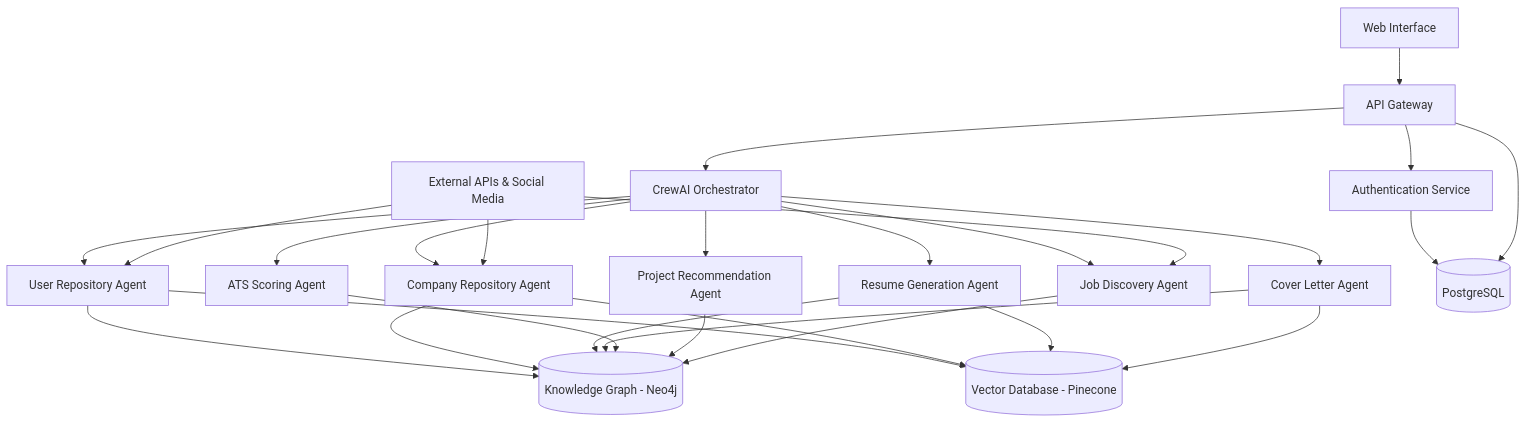
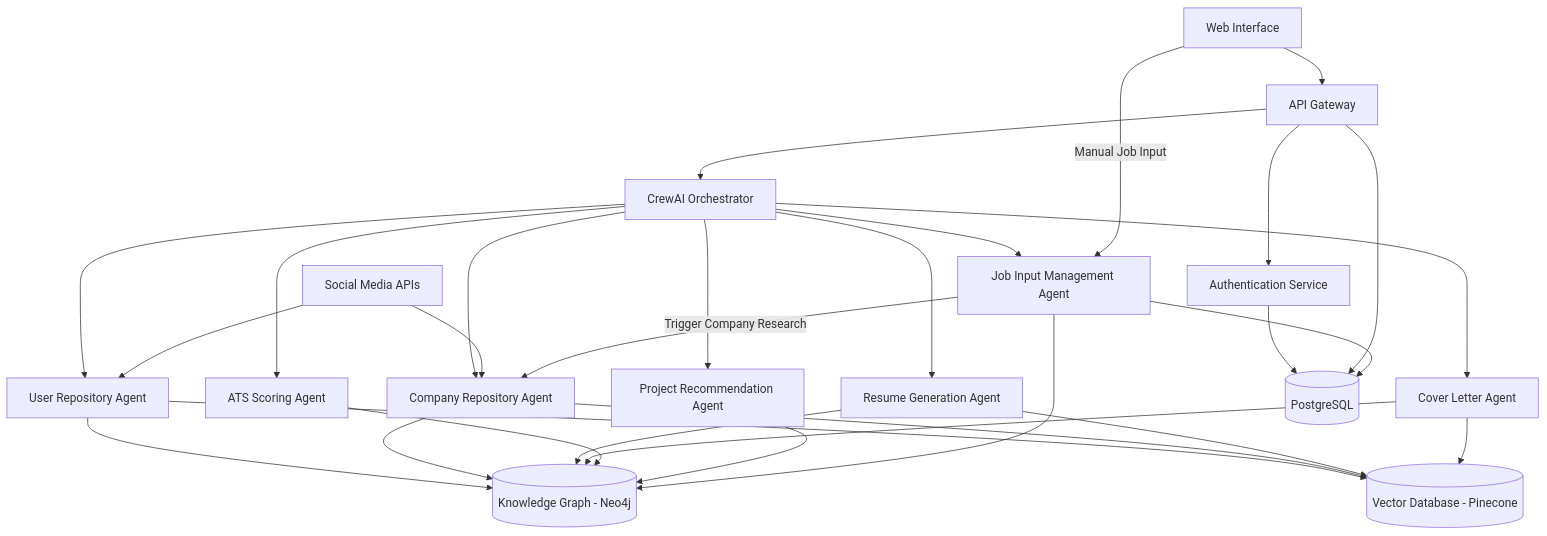
The first of 2 diagrams in .kiro/specs/ai-job-application-assistant/design.md (wessimpson/kiro-hackathon), drawn with Mermaid before and after one commit. The commit also changed other lines of this file and 14 other files, not shown here.

````diff
--- a/.kiro/specs/ai-job-application-assistant/design.md
+++ b/.kiro/specs/ai-job-application-assistant/design.md
@@ -11,34 +11,37 @@
 ```mermaid
 graph TB
     UI[Web Interface] --> API[API Gateway]
     API --> Auth[Authentication Service]
     API --> CrewAI[CrewAI Orchestrator]
     
     CrewAI --> UserRepo[User Repository Agent]
     CrewAI --> CompanyRepo[Company Repository Agent]
     CrewAI --> ResumeAgent[Resume Generation Agent]
     CrewAI --> CoverAgent[Cover Letter Agent]
     CrewAI --> ATSAgent[ATS Scoring Agent]
     CrewAI --> ProjectAgent[Project Recommendation Agent]
-    CrewAI --> JobAgent[Job Discovery Agent]
+    CrewAI --> JobInputAgent[Job Input Management Agent]
     
     UserRepo --> KG[(Knowledge Graph - Neo4j)]
     CompanyRepo --> KG
     ResumeAgent --> KG
     CoverAgent --> KG
     ATSAgent --> KG
     ProjectAgent --> KG
-    JobAgent --> KG
+    JobInputAgent --> KG
     
     UserRepo --> VectorDB[(Vector Database - Pinecone)]
     CompanyRepo --> VectorDB
     ResumeAgent --> VectorDB
     CoverAgent --> VectorDB
     
     Auth --> PostgreSQL[(PostgreSQL)]
     API --> PostgreSQL
+    JobInputAgent --> PostgreSQL
     
-    External[External APIs & Social Media] --> UserRepo
+    External[Social Media APIs] --> UserRepo
     External --> CompanyRepo
-    External --> JobAgent
+    
+    UI --> |Manual Job Input| JobInputAgent
+    JobInputAgent --> |Trigger Company Research| CompanyRepo
 ```
````
